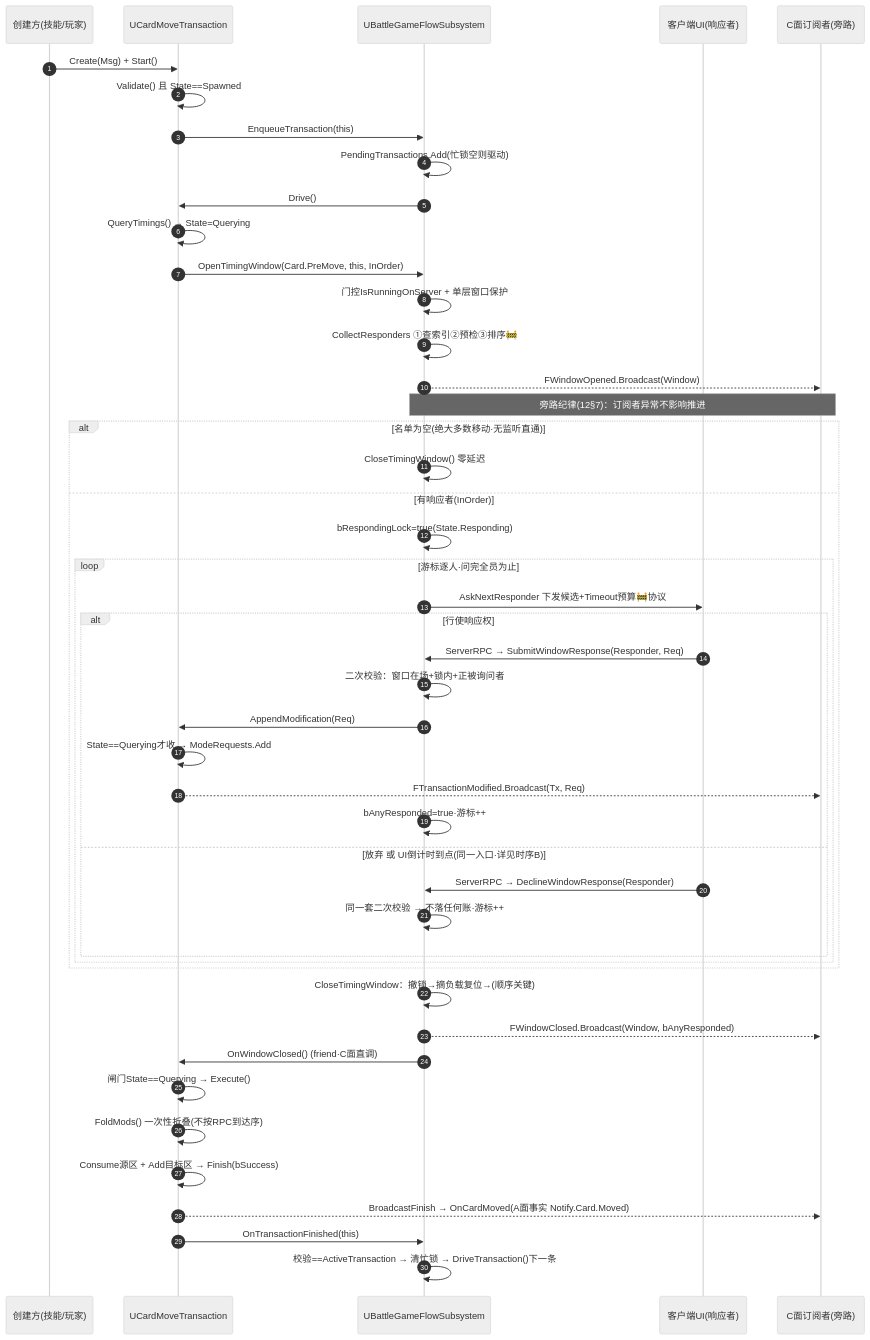
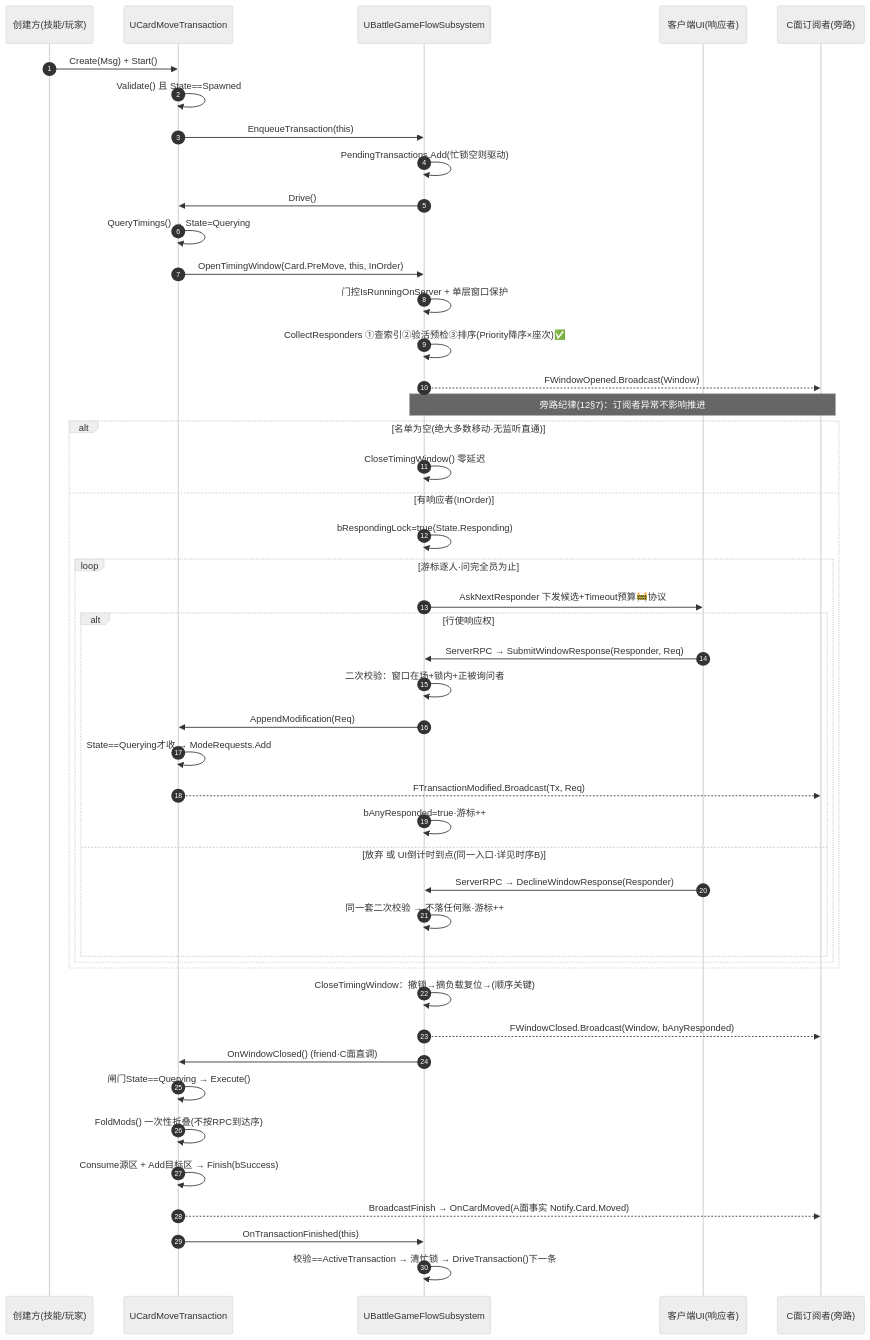
The third of 6 diagrams in Docs/02-阶段性任务/P3-架构图集.md (Fyammetta/ArkWars), drawn with Mermaid (neutral theme) before and after one commit. The commit also changed other lines of this file and 14 other files, not shown here.

````diff
--- a/Docs/02-阶段性任务/P3-架构图集.md
+++ b/Docs/02-阶段性任务/P3-架构图集.md
@@ -185,51 +191,51 @@
 ```mermaid
 sequenceDiagram
     autonumber
     participant C as 创建方(技能/玩家)
     participant Tx as UCardMoveTransaction
     participant Flow as UBattleGameFlowSubsystem
     participant UI as 客户端UI(响应者)
     participant Obs as C面订阅者(旁路)
 
     C->>Tx: Create(Msg) + Start()
     Tx->>Tx: Validate() 且 State==Spawned
     Tx->>Flow: EnqueueTransaction(this)
     Flow->>Flow: PendingTransactions.Add(忙锁空则驱动)
     Flow->>Tx: Drive()
     Tx->>Tx: QueryTimings() → State=Querying
     Tx->>Flow: OpenTimingWindow(Card.PreMove, this, InOrder)
     Flow->>Flow: 门控IsRunningOnServer + 单层窗口保护
-    Flow->>Flow: CollectResponders ①查索引②预检③排序🚧
+    Flow->>Flow: CollectResponders ①查索引②验活预检③排序(Priority降序×座次)✅
     Flow-->>Obs: FWindowOpened.Broadcast(Window)
     Note over Flow,Obs: 旁路纪律(12§7)：订阅者异常不影响推进
 
     alt 名单为空(绝大多数移动·无监听直通)
         Flow->>Flow: CloseTimingWindow() 零延迟
     else 有响应者(InOrder)
         Flow->>Flow: bRespondingLock=true(State.Responding)
         loop 游标逐人·问完全员为止
             Flow->>UI: AskNextResponder 下发候选+Timeout预算🚧协议
             alt 行使响应权
                 UI->>Flow: ServerRPC → SubmitWindowResponse(Responder, Req)
                 Flow->>Flow: 二次校验：窗口在场+锁内+正被询问者
                 Flow->>Tx: AppendModification(Req)
                 Tx->>Tx: State==Querying才收 → ModeRequests.Add
                 Tx-->>Obs: FTransactionModified.Broadcast(Tx, Req)
                 Flow->>Flow: bAnyResponded=true·游标++
             else 放弃 或 UI倒计时到点(同一入口·详见时序B)
                 UI->>Flow: ServerRPC → DeclineWindowResponse(Responder)
                 Flow->>Flow: 同一套二次校验 → 不落任何账·游标++
             end
         end
     end
 
     Flow->>Flow: CloseTimingWindow：撤锁→摘负载复位→(顺序关键)
     Flow-->>Obs: FWindowClosed.Broadcast(Window, bAnyResponded)
     Flow->>Tx: OnWindowClosed() (friend·C面直调)
     Tx->>Tx: 闸门State==Querying → Execute()
     Tx->>Tx: FoldMods() 一次性折叠(不按RPC到达序)
     Tx->>Tx: Consume源区 + Add目标区 → Finish(bSuccess)
     Tx-->>Obs: BroadcastFinish → OnCardMoved(A面事实 Notify.Card.Moved)
     Tx->>Flow: OnTransactionFinished(this)
     Flow->>Flow: 校验==ActiveTransaction → 清忙锁 → DriveTransaction()下一条
 ```
````
